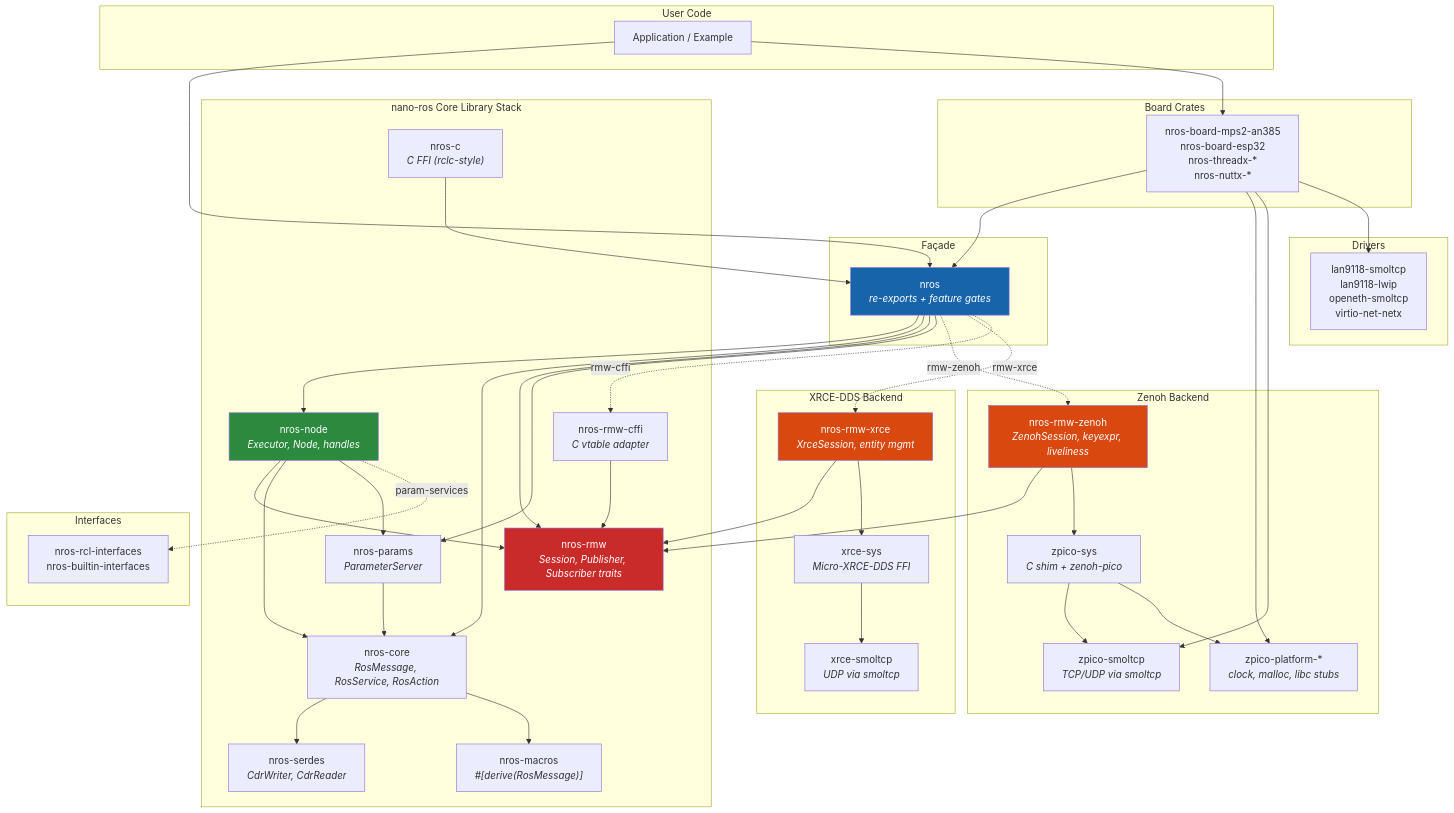
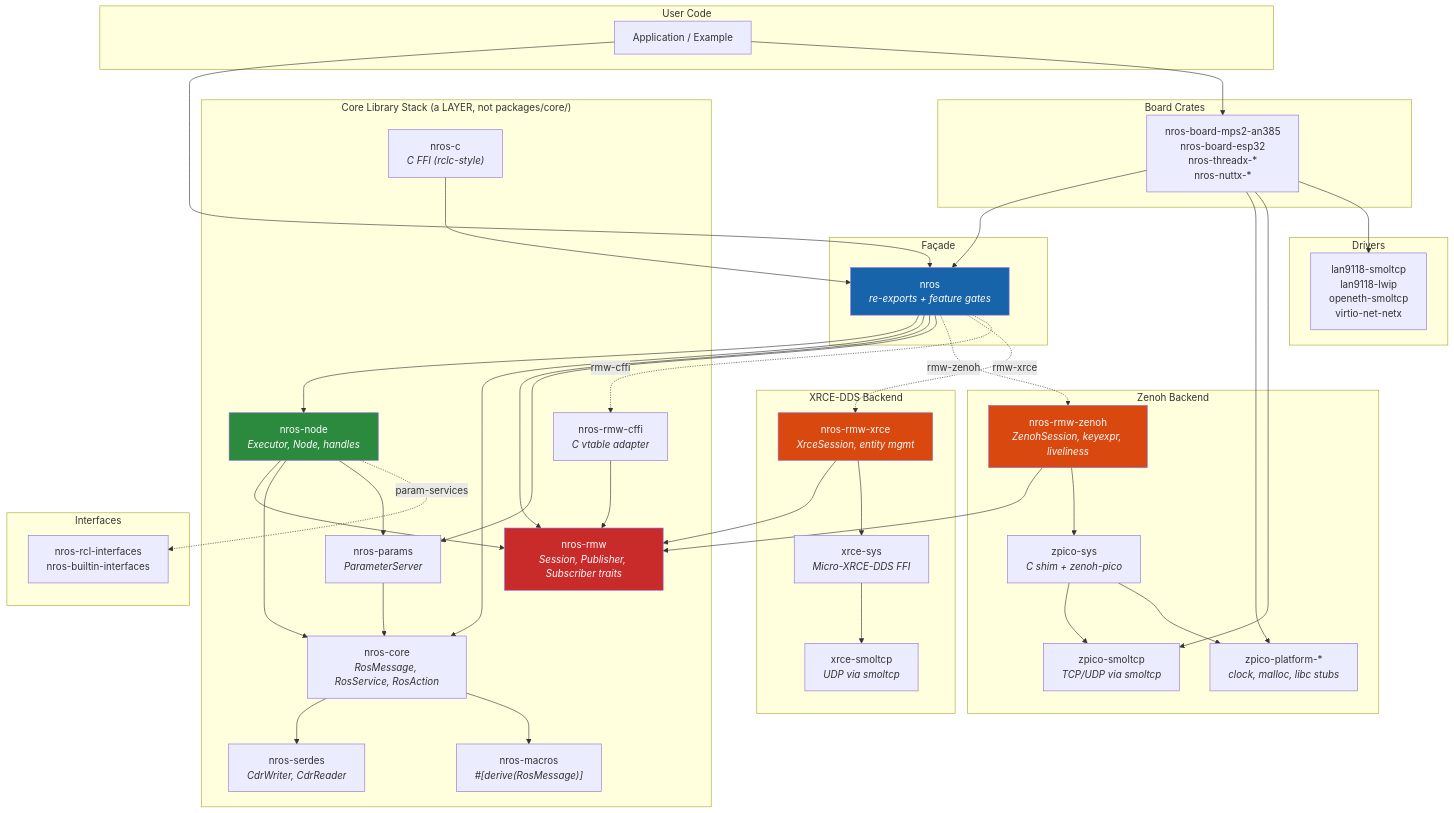
The second of 14 diagrams in docs/design/0001-architecture-overview.md (NEWSLabNTU/nano-ros), drawn with Mermaid before and after one commit. The commit also changed other lines of this file and 5 other files, not shown here.

```diff
--- a/docs/design/0001-architecture-overview.md
+++ b/docs/design/0001-architecture-overview.md
@@ -82,7 +123,7 @@
         NROS["nros<br/><i>re-exports + feature gates</i>"]
     end
 
-    subgraph "nano-ros Core Library Stack"
+    subgraph "Core Library Stack (a LAYER, not packages/core/)"
         NODE["nros-node<br/><i>Executor, Node, handles</i>"]
         PARAMS["nros-params<br/><i>ParameterServer</i>"]
         CORE["nros-core<br/><i>RosMessage, RosService, RosAction</i>"]
```
